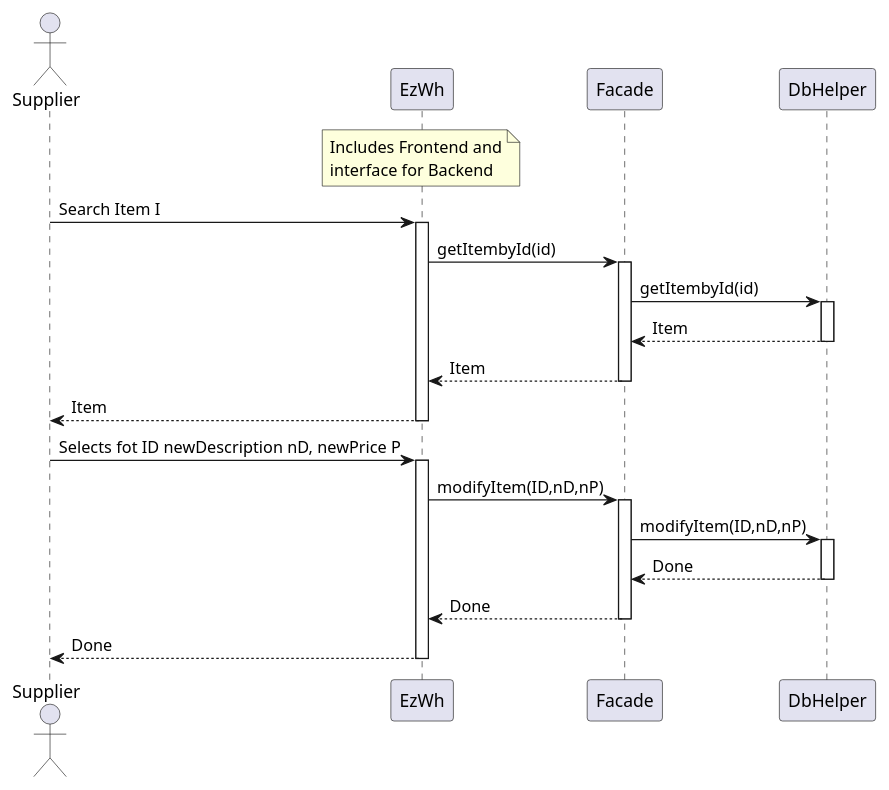
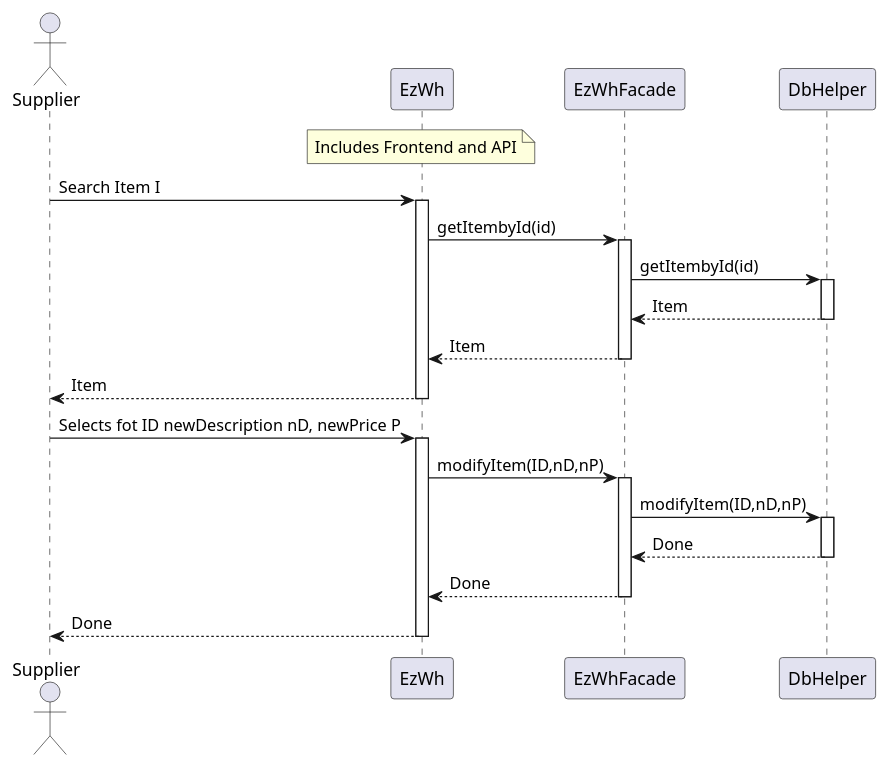
Before and after one commit to giuseppe-dandrea/EzWh: diagram 11 of 12 in DesignDocument.md, drawn with PlantUML. The commit also changed other lines of this file and 1 other file, not shown here.

Commit message:
Added low_level_design_diagram.svg. Changed some terms for consistency.

````diff
--- a/DesignDocument.md
+++ b/DesignDocument.md
@@ -856,34 +860,34 @@
 ```plantuml
 actor Supplier
 participant EzWh
-note over EzWh: Includes Frontend and\ninterface for Backend
-participant Facade
+note over EzWh: Includes Frontend and API
+participant EzWhFacade
 participant DbHelper
 
 
 Supplier -> EzWh: Search Item I
 activate EzWh
-EzWh -> Facade: getItembyId(id)
-activate Facade
-Facade -> DbHelper : getItembyId(id)
+EzWh -> EzWhFacade: getItembyId(id)
+activate EzWhFacade
+EzWhFacade -> DbHelper : getItembyId(id)
 activate DbHelper
-DbHelper --> Facade : Item
+DbHelper --> EzWhFacade : Item
 deactivate DbHelper
-Facade --> EzWh : Item
-deactivate Facade
+EzWhFacade --> EzWh : Item
+deactivate EzWhFacade
 EzWh --> Supplier : Item
 deactivate EzWh
 
 Supplier -> EzWh :Selects fot ID newDescription nD, newPrice P
 activate EzWh
-EzWh ->Facade : modifyItem(ID,nD,nP)
-activate Facade
-Facade ->DbHelper : modifyItem(ID,nD,nP)
+EzWh ->EzWhFacade : modifyItem(ID,nD,nP)
+activate EzWhFacade
+EzWhFacade ->DbHelper : modifyItem(ID,nD,nP)
 activate DbHelper
-DbHelper --> Facade : Done
+DbHelper --> EzWhFacade : Done
 deactivate DbHelper
-Facade --> EzWh : Done
-deactivate Facade
+EzWhFacade --> EzWh : Done
+deactivate EzWhFacade
 EzWh --> Supplier : Done
 deactivate EzWh
 ```
````
